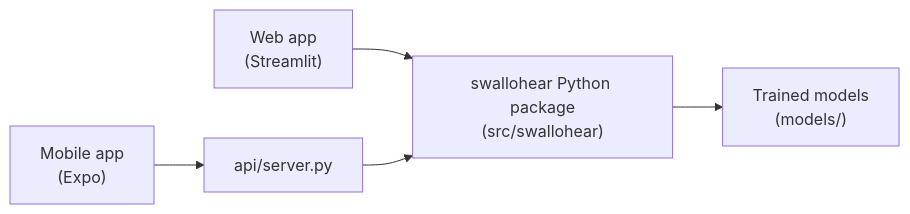
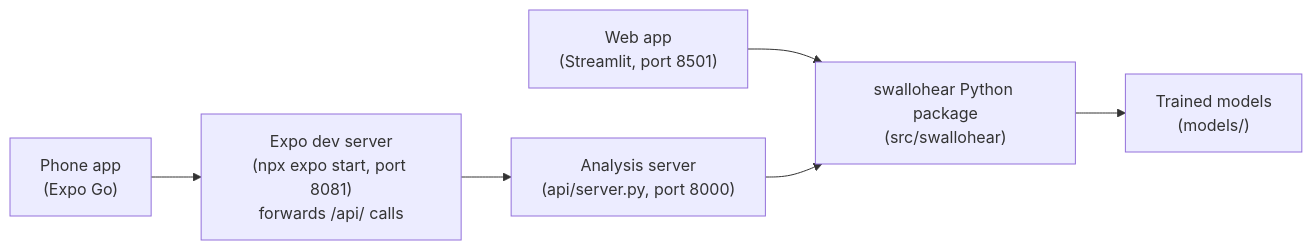
One commit to jedelacruz/SWALLOhear changed the diagram in README.md. Above: the diagram before and after it, drawn with Mermaid. The commit also changed other lines of this file, not shown here.

````diff
--- a/README.md
+++ b/README.md
@@ -151,6 +187,8 @@
 ```mermaid
 flowchart LR
-    W["Web app<br/>(Streamlit)"] --> P["swallohear Python package<br/>(src/swallohear)"]
-    M["Mobile app<br/>(Expo)"] --> A["api/server.py"] --> P
+    W["Web app<br/>(Streamlit, port 8501)"] --> P["swallohear Python package<br/>(src/swallohear)"]
+    M["Phone app<br/>(Expo Go)"] --> E["Expo dev server<br/>(npx expo start, port 8081)<br/>forwards /api/ calls"]
+    E --> A["Analysis server<br/>(api/server.py, port 8000)"]
+    A --> P
     P --> T["Trained models<br/>(models/)"]
 ```
````
